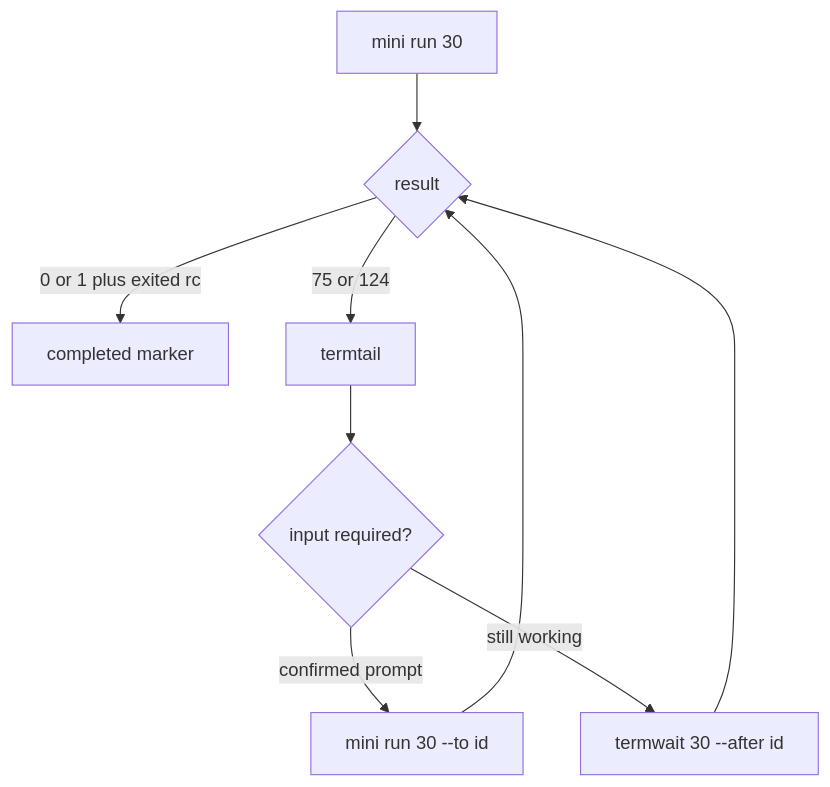
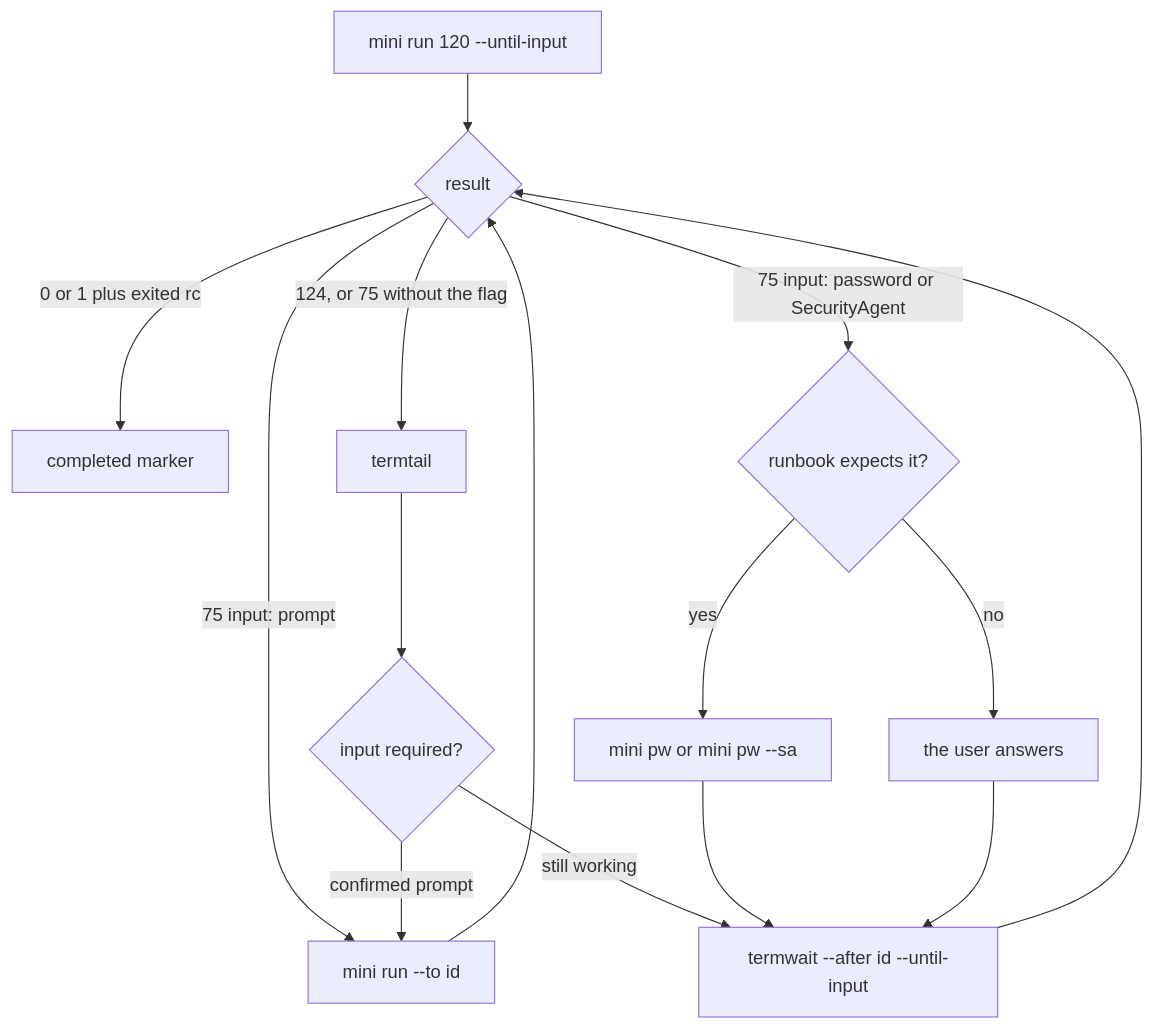
The diagram in README.md (windroc-labs/mini-op), drawn with Mermaid before and after one commit. The commit also changed other lines of this file and 18 other files, not shown here.

First line of the commit message:
WDRC-321: mini-op tools: --until-input waits, scoped SecurityAgent Allow, stall dialogs, o evalfile, setup Automation grant (#17)

````diff
--- a/README.md
+++ b/README.md
@@ -128,11 +140,17 @@
 ```mermaid
 flowchart TD
-  A[mini run 30] --> B{result}
+  A[mini run 120 --until-input] --> B{result}
   B -->|0 or 1 plus exited rc| C[completed marker]
-  B -->|75 or 124| D[termtail]
+  B -->|75 input: prompt| F[mini run --to id]
+  B -->|75 input: password or SecurityAgent| P{runbook expects it?}
+  P -->|yes| Q[mini pw or mini pw --sa]
+  P -->|no| U[the user answers]
+  B -->|124, or 75 without the flag| D[termtail]
   D --> E{input required?}
-  E -->|confirmed prompt| F[mini run 30 --to id]
-  E -->|still working| G[termwait 30 --after id]
+  E -->|confirmed prompt| F
+  E -->|still working| G[termwait --after id --until-input]
+  Q --> G
+  U --> G
   F --> B
   G --> B
 ```
````
